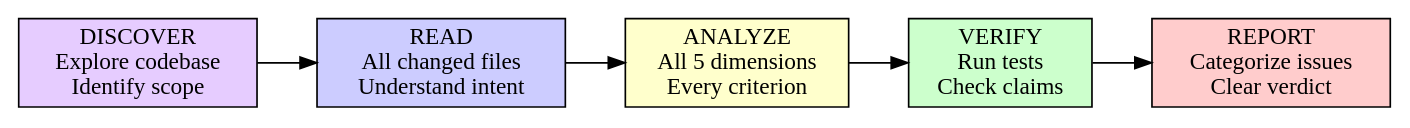
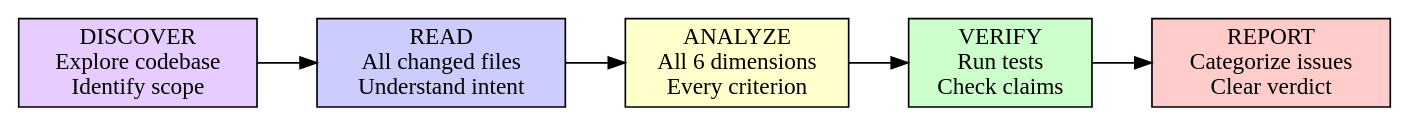
Before and after one commit to KiSae-Lee/agentic-workflow: the diagram in .claude/skills/code-review/code-review-agent-prompt.md, drawn with Graphviz. The commit also changed other lines of this file and 14 other files, not shown here.

````diff
--- a/.claude/skills/code-review/code-review-agent-prompt.md
+++ b/.claude/skills/code-review/code-review-agent-prompt.md
@@ -28,15 +28,15 @@
 ```graphviz
 digraph review_process {
     rankdir=LR;
     discover [label="DISCOVER\nExplore codebase\nIdentify scope", shape=box, style=filled, fillcolor="#e6ccff"];
     read [label="READ\nAll changed files\nUnderstand intent", shape=box, style=filled, fillcolor="#ccccff"];
-    analyze [label="ANALYZE\nAll 5 dimensions\nEvery criterion", shape=box, style=filled, fillcolor="#ffffcc"];
+    analyze [label="ANALYZE\nAll 6 dimensions\nEvery criterion", shape=box, style=filled, fillcolor="#ffffcc"];
     verify [label="VERIFY\nRun tests\nCheck claims", shape=box, style=filled, fillcolor="#ccffcc"];
     report [label="REPORT\nCategorize issues\nClear verdict", shape=box, style=filled, fillcolor="#ffcccc"];
 
     discover -> read;
     read -> analyze;
     analyze -> verify;
     verify -> report;
 }
 ```
````
